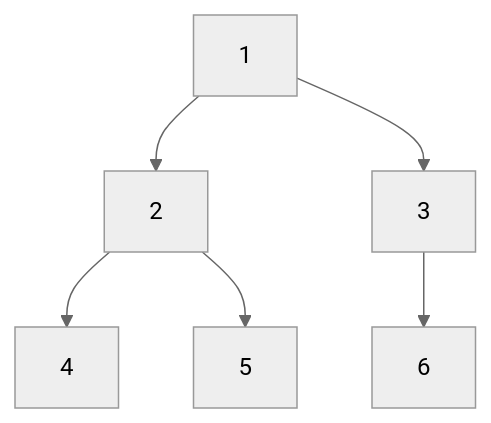
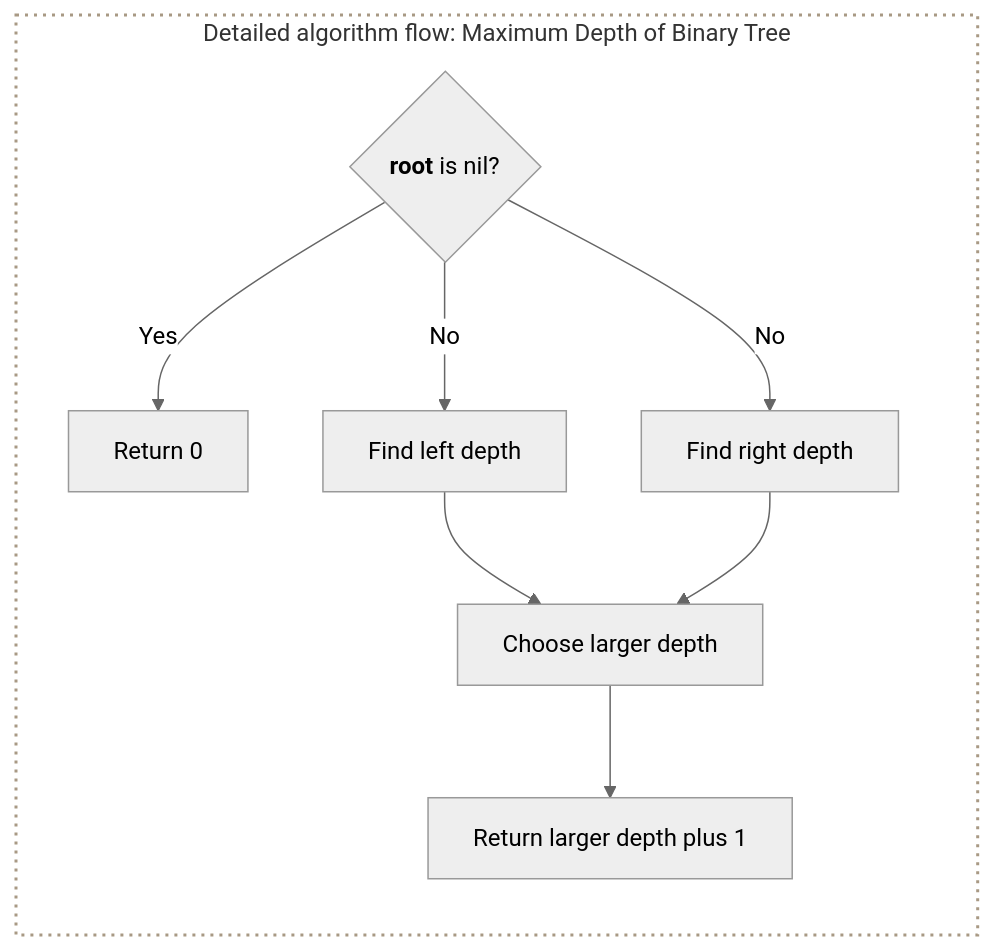
Before and after one commit to 9999dude/omega: the ninth of 19 diagrams in docs/datastructures/trees.md, drawn with Mermaid (neutral theme). The commit also changed other lines of this file and 58 other files, not shown here.

````diff
--- a/docs/datastructures/trees.md
+++ b/docs/datastructures/trees.md
@@ -419,8 +335,14 @@
 ```mermaid
-graph TD
-    A["1"] --> B["2"]
-    A --> C["3"]
-    B --> D["4"]
-    B --> E["5"]
-    C --> F["6"]
+flowchart TD
+    subgraph PROCESS["Detailed algorithm flow: Maximum Depth of Binary Tree"]
+        direction TD
+        A{"<strong>root</strong> is nil?"} -->|"Yes"| Z["Return 0"]
+        A -->|"No"| L["Find left depth"]
+        A -->|"No"| R["Find right depth"]
+        L --> M["Choose larger depth"]
+        R --> M
+        M --> O["Return larger depth plus 1"]
+    end
+
+    style PROCESS fill:transparent,stroke:#a89984,stroke-width:2px,stroke-dasharray:2 4
 ```
````
